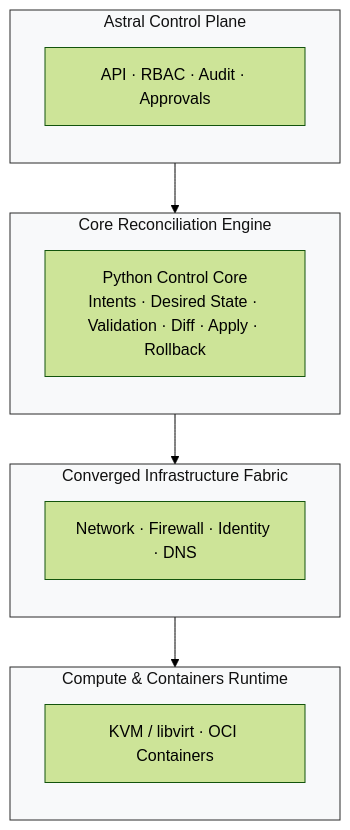
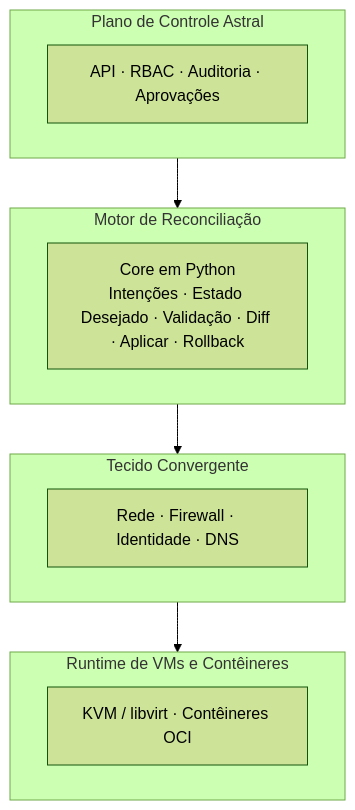
One commit to euripedesdark/astral-plataform-hci changed the first of 2 diagrams in README.md. Above: the diagram before and after it, drawn with Mermaid (forest theme). The commit also changed other lines of this file, not shown here.

````diff
--- a/README.md
+++ b/README.md
@@ -292,29 +131,23 @@
 ```mermaid
+
 flowchart TB
-  subgraph ControlPlane [Astral Control Plane]
-    direction TB
-    CP_API["API · RBAC · Audit · Approvals"]
+  subgraph ControlPlane [Plano de Controle Astral]
+    CP_API["API · RBAC · Auditoria · Aprovações"]
   end
 
-  subgraph Reconciler [Core Reconciliation Engine]
-    direction TB
-    RE["Python Control Core<br/>Intents · Desired State · Validation · Diff · Apply · Rollback"]
+  subgraph Reconciler [Motor de Reconciliação]
+    RE["Core em Python<br/>Intenções · Estado Desejado · Validação · Diff · Aplicar · Rollback"]
   end
 
-  subgraph Fabric [Converged Infrastructure Fabric]
-    direction TB
-    CF["Network · Firewall · Identity · DNS"]
+  subgraph Fabric [Tecido Convergente]
+    CF["Rede · Firewall · Identidade · DNS"]
   end
 
-  subgraph Runtime [Compute & Containers Runtime]
-    direction TB
-    RT["KVM / libvirt · OCI Containers"]
+  subgraph Runtime [Runtime de VMs e Contêineres]
+    RT["KVM / libvirt · Contêineres OCI"]
   end
 
   ControlPlane --> Reconciler
   Reconciler --> Fabric
   Fabric --> Runtime
-
-  classDef box fill:#f8f9fa,stroke:#2b2b2b,stroke-width:1px,color:#111;
-  class ControlPlane,Reconciler,Fabric,Runtime box;
 ```
````
